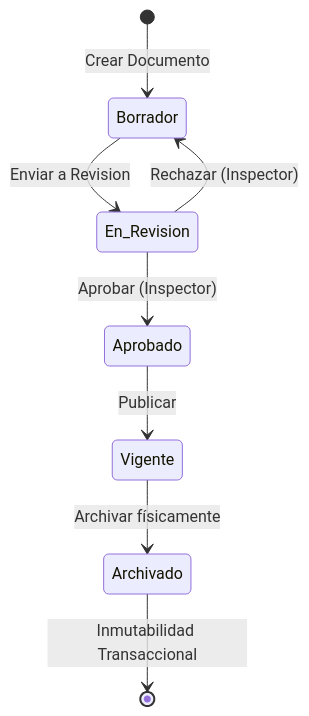
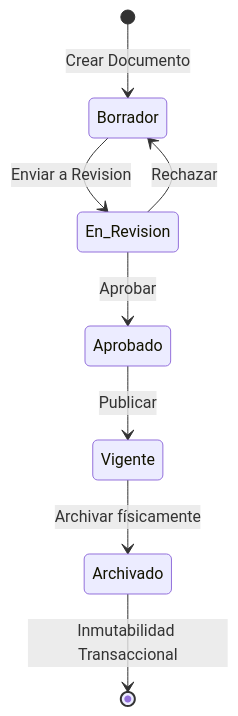
One commit to 4R13L-D3NY5/archi-vite changed the third of 16 diagrams in informe_final_proyecto_grado.md. Above: the diagram before and after it, drawn with Mermaid. The commit also changed other lines of this file and 49 other files, not shown here.

````diff
--- a/informe_final_proyecto_grado.md
+++ b/informe_final_proyecto_grado.md
@@ -535,10 +351,10 @@
 ```mermaid
 stateDiagram-v2
     [*] --> Borrador : Crear Documento
     Borrador --> En_Revision : Enviar a Revision
-    En_Revision --> Borrador : Rechazar (Inspector)
-    En_Revision --> Aprobado : Aprobar (Inspector)
+    En_Revision --> Borrador : Rechazar
+    En_Revision --> Aprobado : Aprobar
     Aprobado --> Vigente : Publicar
     Vigente --> Archivado : Archivar físicamente
     Archivado --> [*] : Inmutabilidad Transaccional
 ```
````
